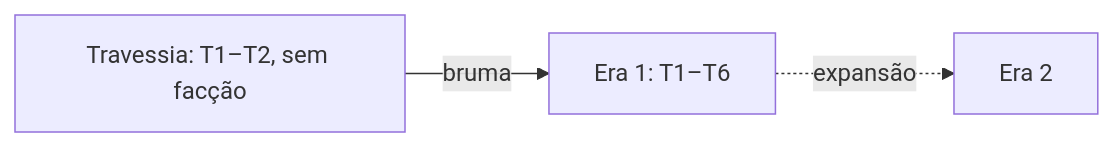
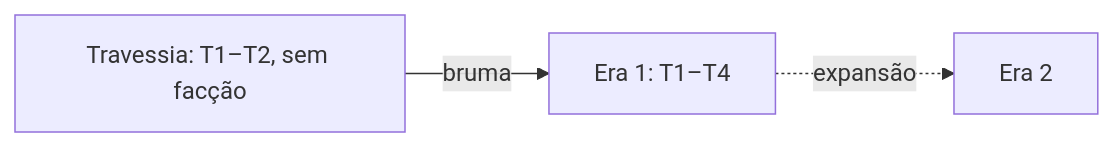
Before and after one commit to sidinei-silva/eras-do-brasil: the diagram in docs/mecanicas/mundo.md, drawn with Mermaid. The commit also changed other lines of this file and 17 other files, not shown here.

````diff
--- a/docs/mecanicas/mundo.md
+++ b/docs/mecanicas/mundo.md
@@ -11,5 +11,5 @@
 ```mermaid
 flowchart LR
-  T[Travessia: T1–T2, sem facção] -->|bruma| E1[Era 1: T1–T6]
+  T[Travessia: T1–T2, sem facção] -->|bruma| E1[Era 1: T1–T4]
   E1 -.->|expansão| E2[Era 2]
 ```
````
